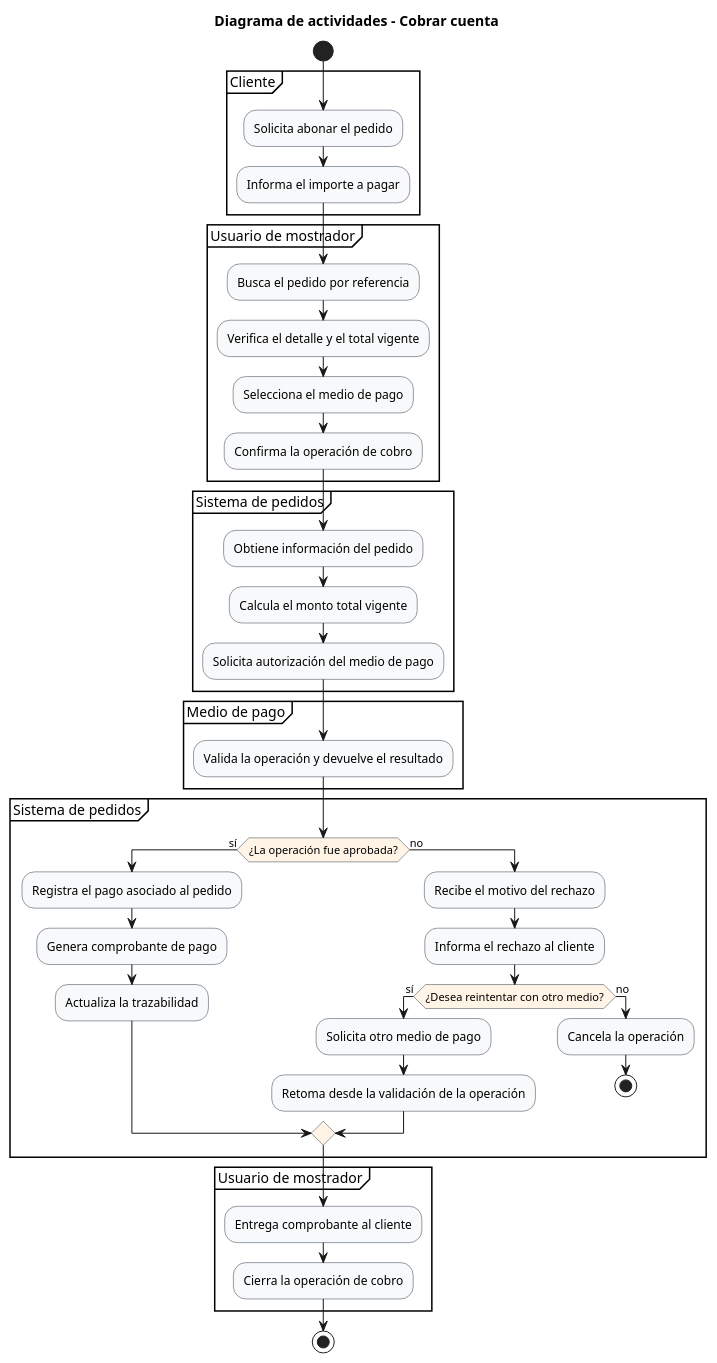
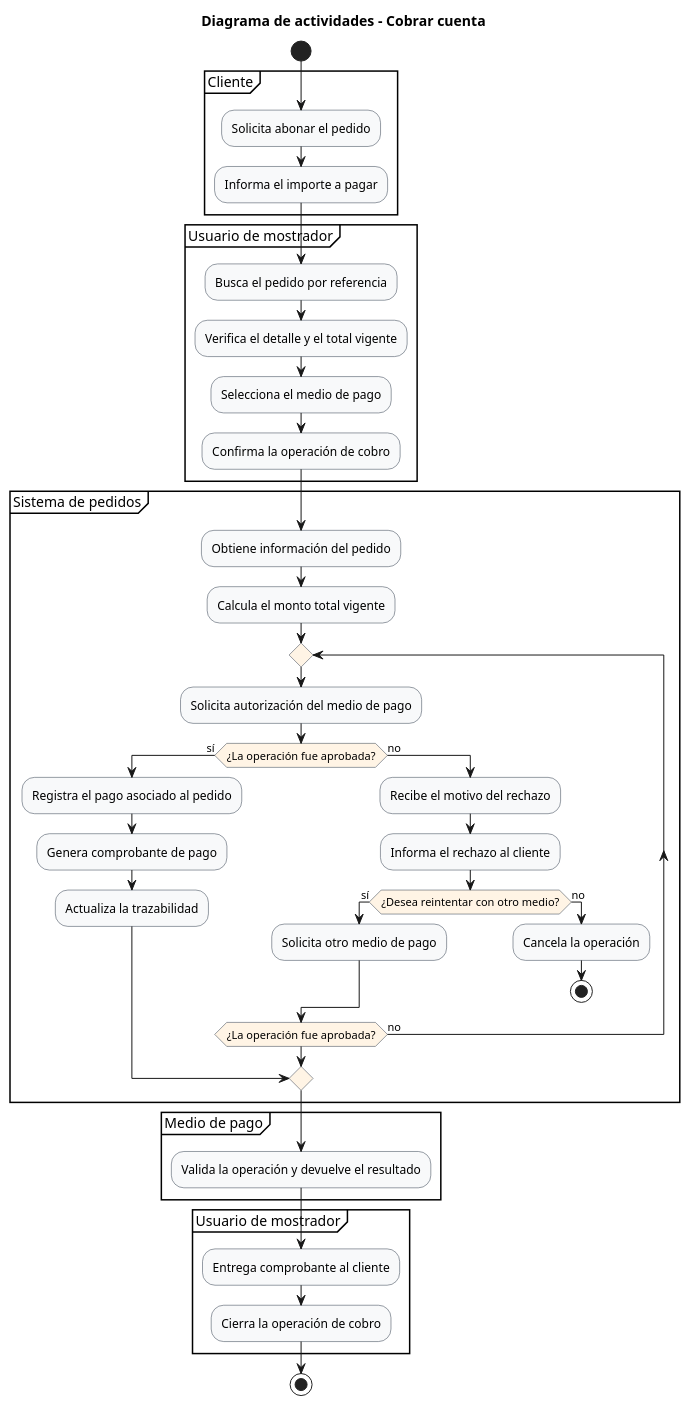
The diagram in diagramas/04-diagramas-actividades/04-actividad-cobrar-cuenta-04.puml (lucasmengarelli3/SistemaPedidos), drawn with PlantUML before and after one commit. The commit also changed 8 other files, not shown here.

```diff
--- a/diagramas/04-diagramas-actividades/04-actividad-cobrar-cuenta-04.puml
+++ b/diagramas/04-diagramas-actividades/04-actividad-cobrar-cuenta-04.puml
@@ -1,62 +1,61 @@
 @startuml
 !pragma useVerticalIf on
 skinparam shadowing false
 skinparam linetype ortho
 skinparam activity {
   BackgroundColor #F8F9FA
   BorderColor #2F3A4A
   DiamondBackgroundColor #FFF4E5
   DiamondBorderColor #2F3A4A
 }
 
 title Diagrama de actividades - Cobrar cuenta
 
 start
 
 partition "Cliente" {
   :Solicita abonar el pedido;
   :Informa el importe a pagar;
 }
 
 partition "Usuario de mostrador" {
   :Busca el pedido por referencia;
   :Verifica el detalle y el total vigente;
   :Selecciona el medio de pago;
   :Confirma la operación de cobro;
 }
 
 partition "Sistema de pedidos" {
   :Obtiene información del pedido;
   :Calcula el monto total vigente;
-  :Solicita autorización del medio de pago;
+  repeat
+    :Solicita autorización del medio de pago;
+    if (¿La operación fue aprobada?) then (sí)
+      :Registra el pago asociado al pedido;
+      :Genera comprobante de pago;
+      :Actualiza la trazabilidad;
+      break
+    else (no)
+      :Recibe el motivo del rechazo;
+      :Informa el rechazo al cliente;
+      if (¿Desea reintentar con otro medio?) then (sí)
+        :Solicita otro medio de pago;
+      else (no)
+        :Cancela la operación;
+        stop
+      endif
+    endif
+  repeat while (¿La operación fue aprobada?) is (no)
 }
 
 partition "Medio de pago" {
   :Valida la operación y devuelve el resultado;
-}
-
-partition "Sistema de pedidos" {
-  if (¿La operación fue aprobada?) then (sí)
-    :Registra el pago asociado al pedido;
-    :Genera comprobante de pago;
-    :Actualiza la trazabilidad;
-  else (no)
-    :Recibe el motivo del rechazo;
-    :Informa el rechazo al cliente;
-    if (¿Desea reintentar con otro medio?) then (sí)
-      :Solicita otro medio de pago;
-      :Retoma desde la validación de la operación;
-    else (no)
-      :Cancela la operación;
-      stop
-    endif
-  endif
 }
 
 partition "Usuario de mostrador" {
   :Entrega comprobante al cliente;
   :Cierra la operación de cobro;
 }
 
 stop
 @enduml
```
